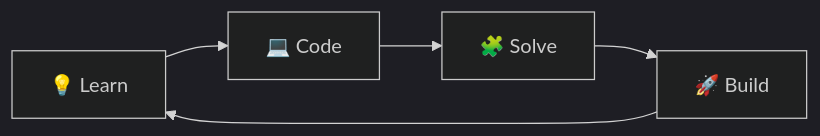
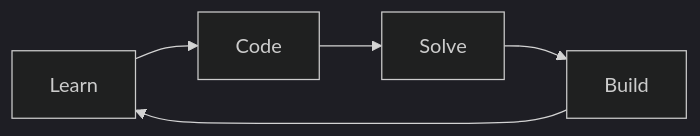
Before and after one commit to sanjeetkumar989159-hub/sanjeetkumar989159-hub: the diagram in README.md, drawn with Mermaid (dark theme). The commit also changed other lines of this file, not shown here.

````diff
--- a/README.md
+++ b/README.md
@@ -111,7 +92,7 @@
 ```mermaid
 graph LR;
-A[💡 Learn] --> B[💻 Code]
-B --> C[🧩 Solve]
-C --> D[🚀 Build]
+A[Learn] --> B[Code]
+B --> C[Solve]
+C --> D[Build]
 D --> A
 ```
````
